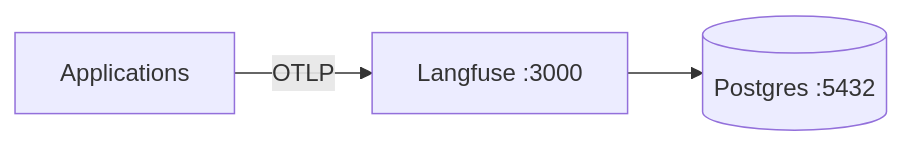
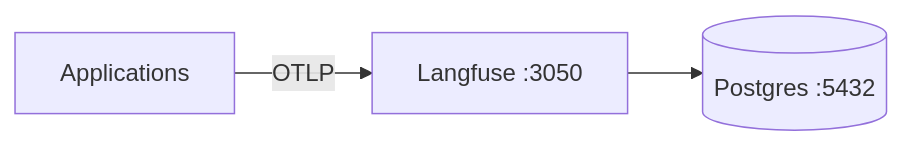
Before and after one commit to starlink-awaken/omostation-observability: the diagram in ARCHITECTURE.md, drawn with Mermaid. The commit also changed other lines of this file and 4 other files, not shown here.

````diff
--- a/ARCHITECTURE.md
+++ b/ARCHITECTURE.md
@@ -15,7 +15,7 @@
 ```mermaid
 
 graph LR
-    Apps[Applications] -->|OTLP| Langfuse[Langfuse :3000]
+    Apps[Applications] -->|OTLP| Langfuse[Langfuse :3050]
     Langfuse --> DB[(Postgres :5432)]
 
 ```
````
